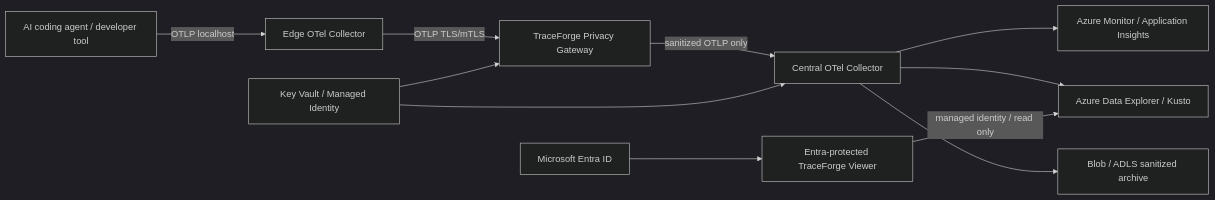
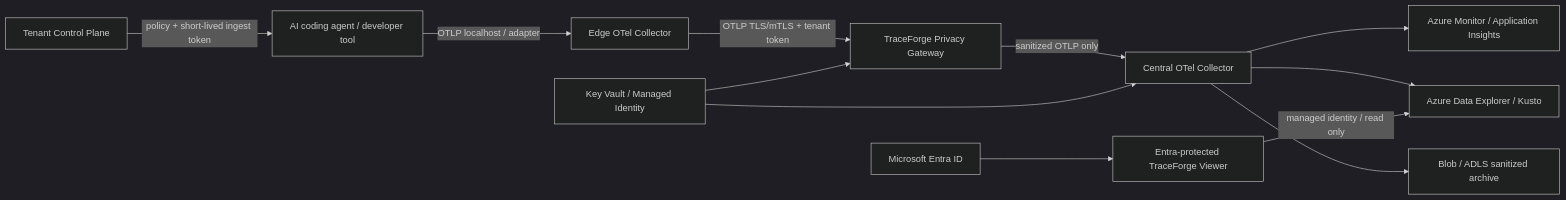
Before and after one commit to mkarson1997/karzoun-traceforge: the diagram in docs/architecture.md, drawn with Mermaid (dark theme). The commit also changed other lines of this file, not shown here.

Commit message:
docs: add tenant control-plane trust boundary [skip ci]

````diff
--- a/docs/architecture.md
+++ b/docs/architecture.md
@@ -17,13 +18,14 @@
 ```mermaid
 flowchart LR
-  A[AI coding agent / developer tool] -->|OTLP localhost| B[Edge OTel Collector]
-  B -->|OTLP TLS/mTLS| C[TraceForge Privacy Gateway]
+  K[Tenant Control Plane] -->|policy + short-lived ingest token| A[AI coding agent / developer tool]
+  A -->|OTLP localhost / adapter| B[Edge OTel Collector]
+  B -->|OTLP TLS/mTLS + tenant token| C[TraceForge Privacy Gateway]
   C -->|sanitized OTLP only| D[Central OTel Collector]
   D --> E[Azure Monitor / Application Insights]
   D --> F[Azure Data Explorer / Kusto]
   D --> G[Blob / ADLS sanitized archive]
   H[Entra-protected TraceForge Viewer] -->|managed identity / read only| F
   I[Microsoft Entra ID] --> H
   J[Key Vault / Managed Identity] --> C
   J --> D
 ```
````
